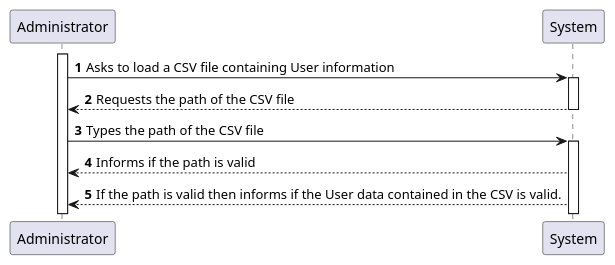
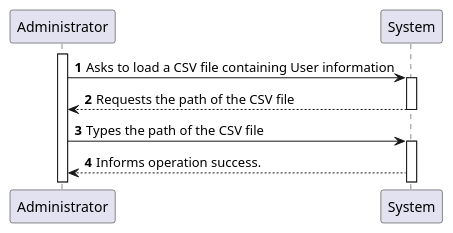
One commit to Pirussa/lei-22-s2-1da-g02 changed the diagram in docs/SprintC/US014/US014.puml. Above: the diagram before and after it, drawn with PlantUML. The commit also changed 8 other files, not shown here.

```diff
--- a/docs/SprintC/US014/US014.puml
+++ b/docs/SprintC/US014/US014.puml
@@ -1,17 +1,16 @@
 @startuml
 'https://plantuml.com/sequence-diagram
 
 autonumber
 
 activate Administrator
 Administrator -> System: Asks to load a CSV file containing User information
 activate System
 Administrator <-- System: Requests the path of the CSV file
 deactivate System
 
 Administrator -> System: Types the path of the CSV file
 activate System
-Administrator <-- System: Informs if the path is valid
-Administrator <-- System: If the path is valid then informs if the User data contained in the CSV is valid.
+Administrator <-- System: Informs operation success.
 
 @enduml
```
